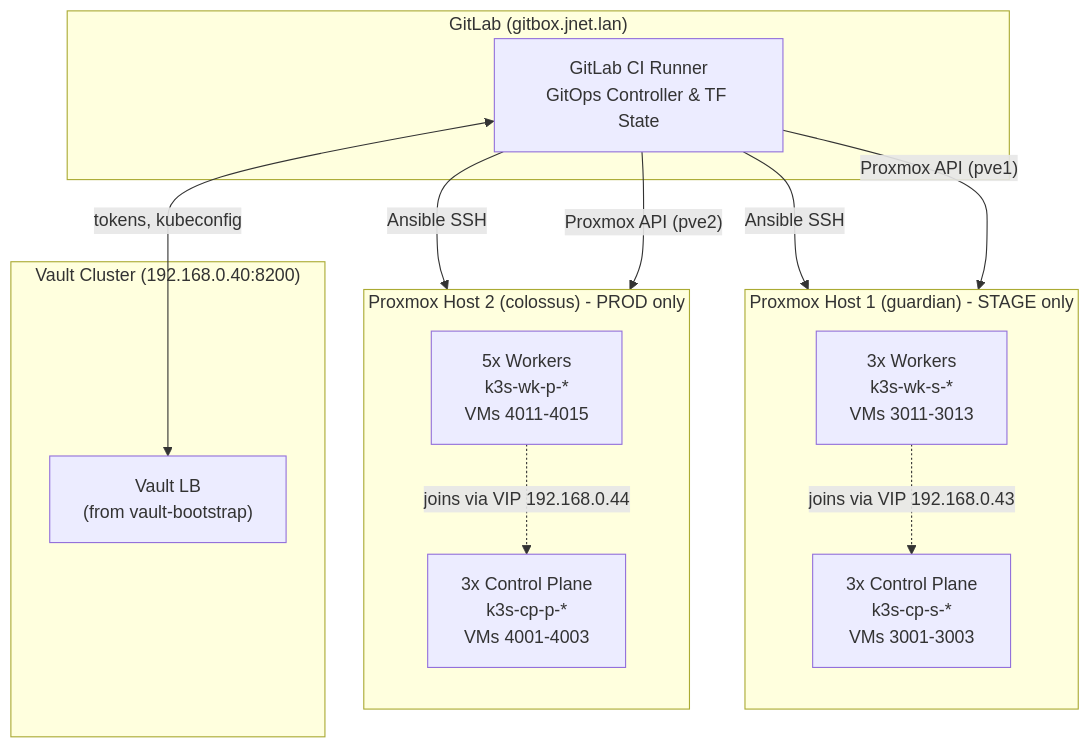
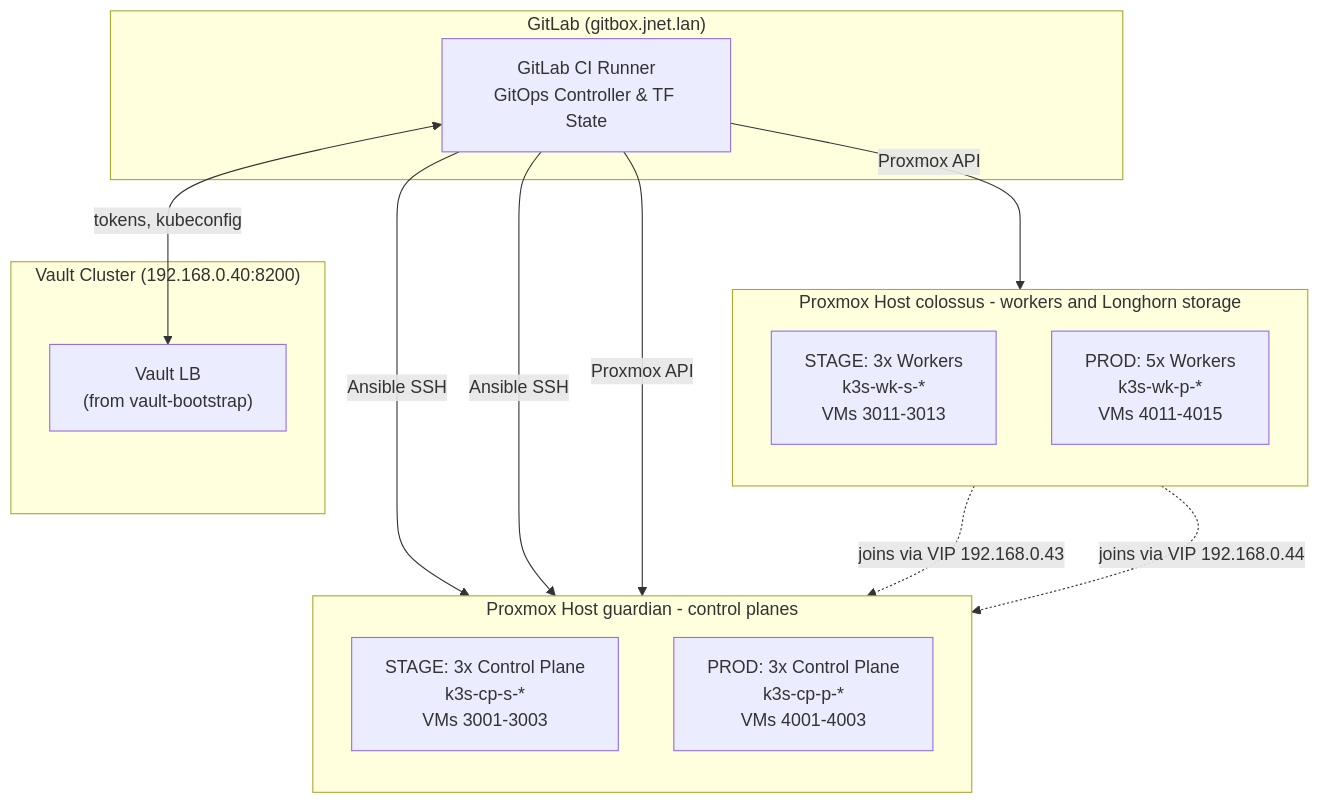
One commit to antonj-code/infra-k3s-bootstrap changed the diagram in README.md. Above: the diagram before and after it, drawn with Mermaid. The commit also changed other lines of this file and 17 other files, not shown here.

Commit message:
Split nodes across guardian and colossus

````diff
--- a/README.md
+++ b/README.md
@@ -9,31 +11,31 @@
 ```mermaid
 flowchart TB
-    subgraph Host1["Proxmox Host 1 (guardian) - STAGE only"]
+    subgraph Host1["Proxmox Host guardian - control planes"]
         direction TB
-        CP1["3x Control Plane<br/>k3s-cp-s-*<br/>VMs 3001-3003"]
-        WK1["3x Workers<br/>k3s-wk-s-*<br/>VMs 3011-3013"]
+        CP1["STAGE: 3x Control Plane<br/>k3s-cp-s-*<br/>VMs 3001-3003"]
+        CP2["PROD: 3x Control Plane<br/>k3s-cp-p-*<br/>VMs 4001-4003"]
     end
 
-    subgraph Host2["Proxmox Host 2 (colossus) - PROD only"]
+    subgraph Host2["Proxmox Host colossus - workers and Longhorn storage"]
         direction TB
-        CP2["3x Control Plane<br/>k3s-cp-p-*<br/>VMs 4001-4003"]
-        WK2["5x Workers<br/>k3s-wk-p-*<br/>VMs 4011-4015"]
+        WK1["STAGE: 3x Workers<br/>k3s-wk-s-*<br/>VMs 3011-3013"]
+        WK2["PROD: 5x Workers<br/>k3s-wk-p-*<br/>VMs 4011-4015"]
     end
 
     subgraph Secrets["Vault Cluster (192.168.0.40:8200)"]
         VLB["Vault LB<br/>(from vault-bootstrap)"]
     end
 
     subgraph CI["GitLab (gitbox.jnet.lan)"]
         GL["GitLab CI Runner<br/>GitOps Controller & TF State"]
     end
 
     WK1 -.->|joins via VIP 192.168.0.43| CP1
     WK2 -.->|joins via VIP 192.168.0.44| CP2
 
-    GL -->|"Proxmox API (pve1)"| Host1
-    GL -->|"Proxmox API (pve2)"| Host2
+    GL -->|Proxmox API| Host1
+    GL -->|Proxmox API| Host2
     GL -->|Ansible SSH| CP1
     GL -->|Ansible SSH| CP2
     GL <-->|tokens, kubeconfig| VLB
 ```
````
